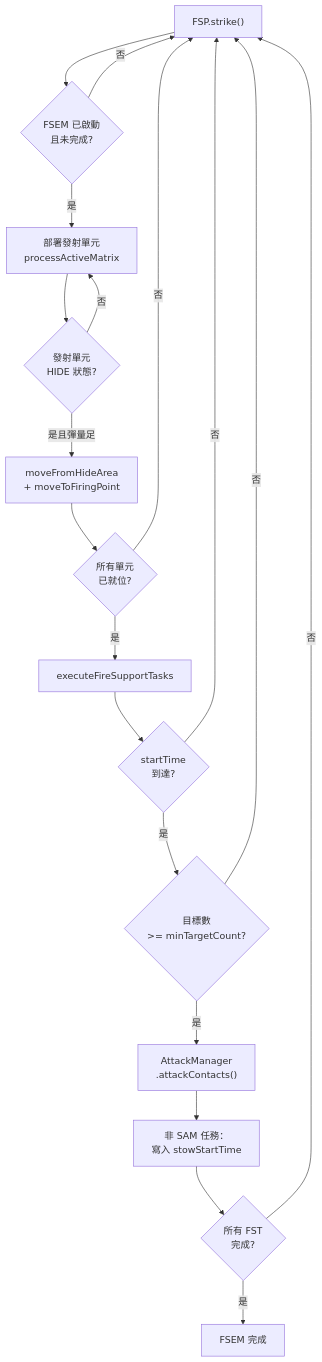
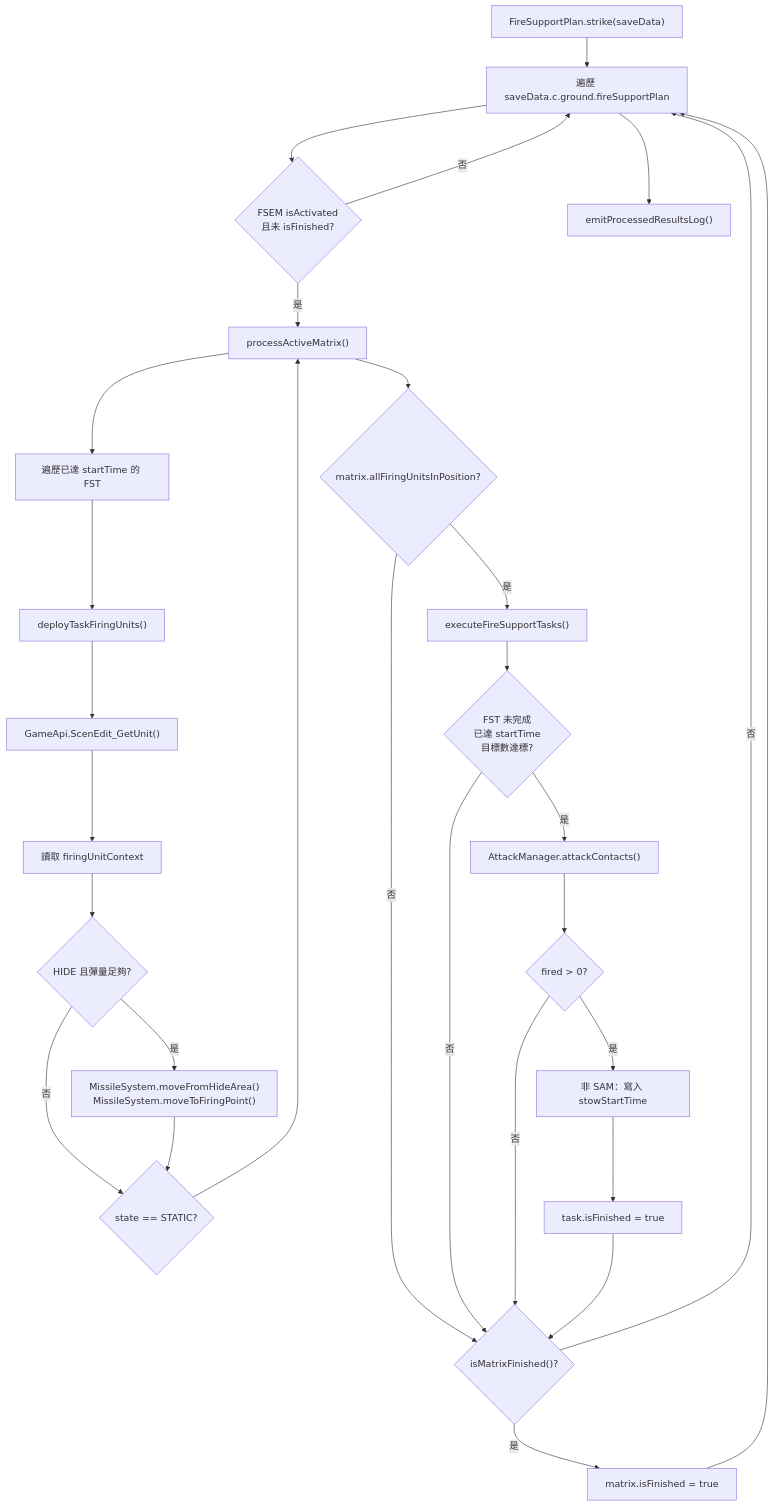
Before and after one commit to pullupjumper/formosa-in-flames: the diagram in docs/strikePlanner/fireSupportPlan.md, drawn with Mermaid. The commit also changed other lines of this file and 7 other files, not shown here.

````diff
--- a/docs/strikePlanner/fireSupportPlan.md
+++ b/docs/strikePlanner/fireSupportPlan.md
@@ -35,35 +117,53 @@
 ```mermaid
 flowchart TD
-    START["FSP.strike()"]
-    ACTIVE{FSEM 已啟動<br>且未完成?}
-    DEPLOY["部署發射單元<br>processActiveMatrix"]
-    CHECK_UNIT{發射單元<br>HIDE 狀態?}
-    MOVE["moveFromHideArea<br>+ moveToFiringPoint"]
-    READY{所有單元<br>已就位?}
-    EXECUTE["executeFireSupportTasks"]
-    CHECK_TIME{startTime<br>到達?}
-    CHECK_TARGET{目標數<br>>= minTargetCount?}
-    ATTACK["AttackManager<br>.attackContacts()"]
-    STOW["非 SAM 任務：<br>寫入 stowStartTime"]
-    DONE{所有 FST<br>完成?}
-    FINISH["FSEM 完成"]
+    START["FireSupportPlan.strike(saveData)"]
+    LOOP["遍歷 saveData.c.ground.fireSupportPlan"]
+    ACTIVE{"FSEM isActivated<br/>且未 isFinished?"}
+    PROCESS["processActiveMatrix()"]
+    DEPLOY_TASK["遍歷已達 startTime 的 FST"]
+    DEPLOY_UNIT["deployTaskFiringUnits()"]
+    GET_UNIT["GameApi.ScenEdit_GetUnit()"]
+    GET_CTX["讀取 firingUnitContext"]
+    READY{"HIDE 且彈量足夠?"}
+    MOVE["MissileSystem.moveFromHideArea()<br/>MissileSystem.moveToFiringPoint()"]
+    STATIC{"state == STATIC?"}
+    ALL_READY{"matrix.allFiringUnitsInPosition?"}
+    EXECUTE["executeFireSupportTasks()"]
+    TASK_READY{"FST 未完成<br/>已達 startTime<br/>目標數達標?"}
+    ATTACK["AttackManager.attackContacts()"]
+    FIRED{"fired > 0?"}
+    STOW["非 SAM：寫入 stowStartTime"]
+    TASK_DONE["task.isFinished = true"]
+    MATRIX_DONE{"isMatrixFinished()?"}
+    FINISH["matrix.isFinished = true"]
+    LOG["emitProcessedResultsLog()"]
 
-    START --> ACTIVE
-    ACTIVE -->|否| START
-    ACTIVE -->|是| DEPLOY
-    DEPLOY --> CHECK_UNIT
-    CHECK_UNIT -->|是且彈量足| MOVE
-    CHECK_UNIT -->|否| DEPLOY
-    MOVE --> READY
-    READY -->|否| START
-    READY -->|是| EXECUTE
-    EXECUTE --> CHECK_TIME
-    CHECK_TIME -->|否| START
-    CHECK_TIME -->|是| CHECK_TARGET
-    CHECK_TARGET -->|否| START
-    CHECK_TARGET -->|是| ATTACK
-    ATTACK --> STOW
-    STOW --> DONE
-    DONE -->|否| START
-    DONE -->|是| FINISH
+    START --> LOOP
+    LOOP --> ACTIVE
+    ACTIVE -->|否| LOOP
+    ACTIVE -->|是| PROCESS
+    PROCESS --> DEPLOY_TASK
+    DEPLOY_TASK --> DEPLOY_UNIT
+    DEPLOY_UNIT --> GET_UNIT
+    GET_UNIT --> GET_CTX
+    GET_CTX --> READY
+    READY -->|是| MOVE
+    READY -->|否| STATIC
+    MOVE --> STATIC
+    STATIC --> PROCESS
+    PROCESS --> ALL_READY
+    ALL_READY -->|是| EXECUTE
+    ALL_READY -->|否| MATRIX_DONE
+    EXECUTE --> TASK_READY
+    TASK_READY -->|是| ATTACK
+    TASK_READY -->|否| MATRIX_DONE
+    ATTACK --> FIRED
+    FIRED -->|是| STOW
+    FIRED -->|否| MATRIX_DONE
+    STOW --> TASK_DONE
+    TASK_DONE --> MATRIX_DONE
+    MATRIX_DONE -->|是| FINISH
+    MATRIX_DONE -->|否| LOOP
+    FINISH --> LOOP
+    LOOP --> LOG
 ```
````
